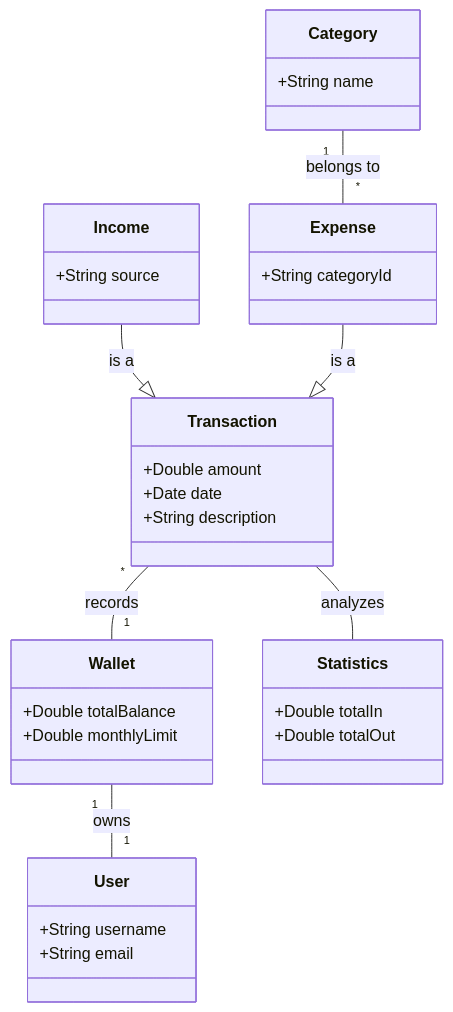
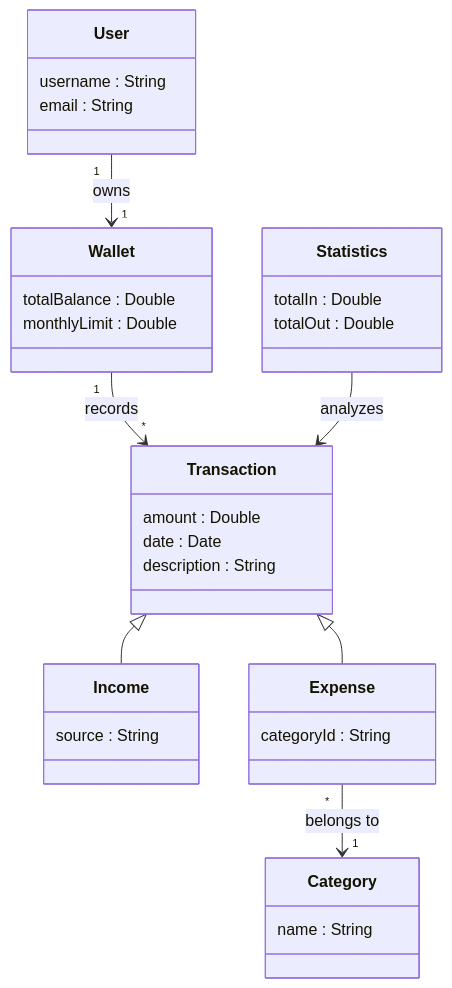
The first of 2 diagrams in README.md (ban08/pocketed), drawn with Mermaid before and after one commit. The commit also changed 6 other files, not shown here.

````diff
--- a/README.md
+++ b/README.md
@@ -163,37 +163,42 @@
 ```mermaid
-classDiagram
-    direction BT
-    class User {
-        +String username
-        +String email
-    }
-    class Wallet {
-        +Double totalBalance
-        +Double monthlyLimit
-    }
-    class Transaction {
-        +Double amount
-        +Date date
-        +String description
-    }
-    class Income {
-        +String source
-    }
-    class Expense {
-        +String categoryId
-    }
-    class Category {
-        +String name
-    }
-    class Statistics {
-        +Double totalIn
-        +Double totalOut
-    }
-
-    User "1" -- "1" Wallet : owns
-    Wallet "1" -- "*" Transaction : records
-    Transaction <|-- Income : is a
-    Transaction <|-- Expense : is a
-    Expense "*" -- "1" Category : belongs to
-    Statistics -- Transaction : analyzes
+  classDiagram
+  User "1" --> "1" Wallet : owns
+  Wallet "1" --> "*" Transaction : records
+  Transaction <|-- Income
+  Transaction <|-- Expense
+  Expense "*" --> "1" Category : belongs to
+  Statistics --> Transaction : analyzes
+  
+  class User {
+      username : String
+      email : String
+  }
+  
+  class Wallet {
+      totalBalance : Double
+      monthlyLimit : Double
+  }
+  
+  class Transaction {
+      amount : Double
+      date : Date
+      description : String
+  }
+  
+  class Income {
+      source : String
+  }
+  
+  class Expense {
+      categoryId : String
+  }
+  
+  class Category {
+      name : String
+  }
+  
+  class Statistics {
+      totalIn : Double
+      totalOut : Double
+  }
 ```
````
